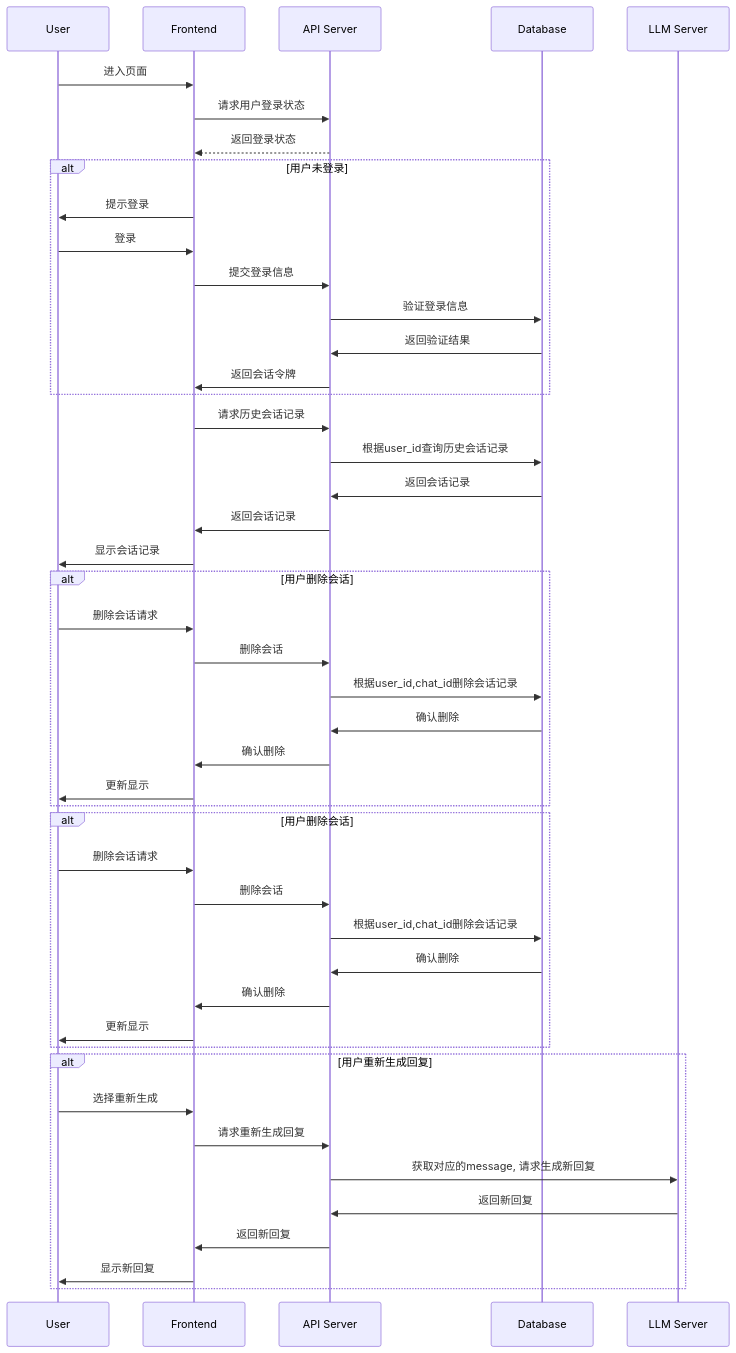
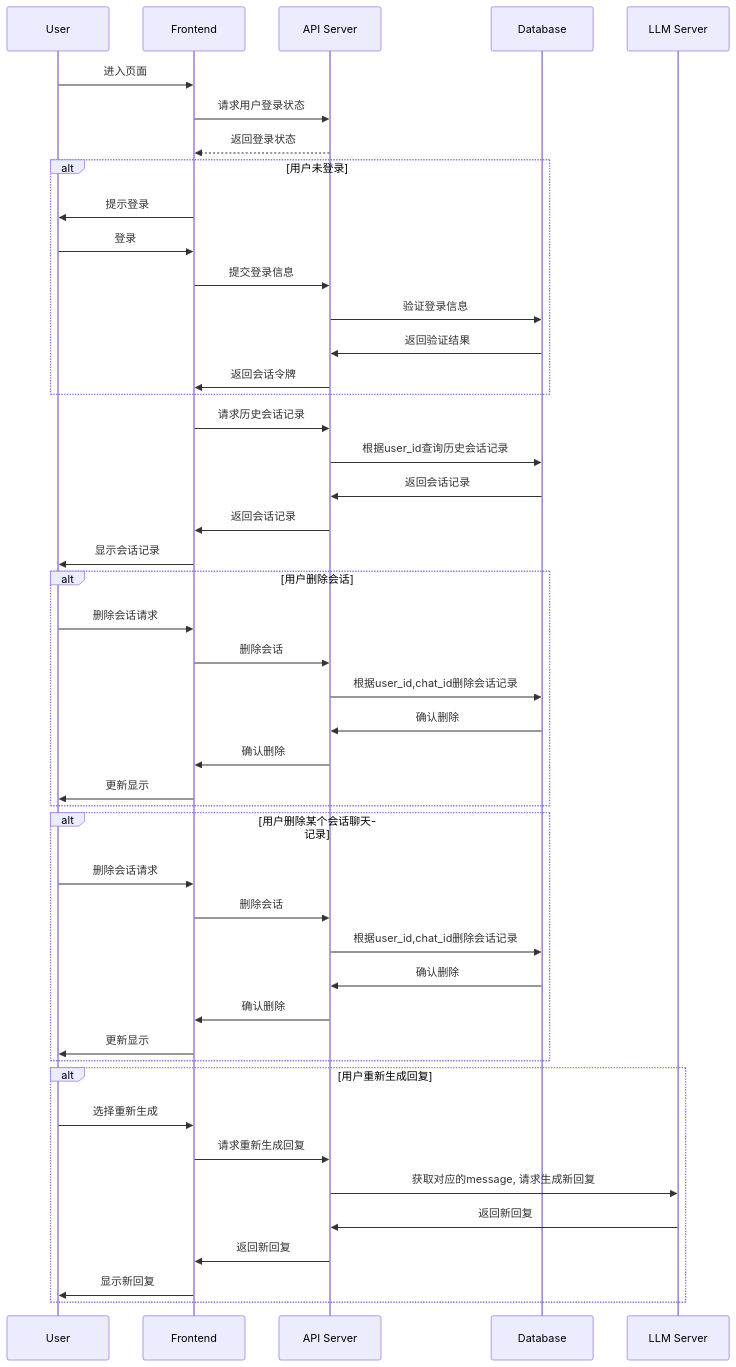
Before and after one commit to yingjianzh/iodraw-files: the diagram in all/未命名-7.md, drawn with Mermaid.

Commit message:
2024-10-09 09:46:51 update

````diff
--- a/all/未命名-7.md
+++ b/all/未命名-7.md
@@ -1,54 +1,54 @@
 ```mermaid
 sequenceDiagram
     participant User
     participant Frontend
     participant API Server
     participant Database
 
 
     User->>Frontend: 进入页面
     Frontend->>API Server: 请求用户登录状态
     API Server-->>Frontend: 返回登录状态
     alt 用户未登录
         Frontend->>User: 提示登录
         User->>Frontend: 登录
         Frontend->>API Server: 提交登录信息
         API Server->>Database: 验证登录信息
         Database->>API Server: 返回验证结果
         API Server->>Frontend: 返回会话令牌
     end
 
     Frontend->>API Server: 请求历史会话记录
     API Server->>Database: 根据user_id查询历史会话记录
     Database->>API Server: 返回会话记录
     API Server->>Frontend: 返回会话记录
     Frontend->>User: 显示会话记录
 
     alt 用户删除会话
         User->>Frontend: 删除会话请求
         Frontend->>API Server: 删除会话
         API Server->>Database: 根据user_id,chat_id删除会话记录
         Database->>API Server: 确认删除
         API Server->>Frontend: 确认删除
         Frontend->>User: 更新显示
     end
 
-    alt 用户删除会话
+    alt 用户删除某个会话聊天记录
         User->>Frontend: 删除会话请求
         Frontend->>API Server: 删除会话
         API Server->>Database: 根据user_id,chat_id删除会话记录
         Database->>API Server: 确认删除
         API Server->>Frontend: 确认删除
         Frontend->>User: 更新显示
     end
 
     alt 用户重新生成回复
         User->>Frontend: 选择重新生成
         Frontend->>API Server: 请求重新生成回复
         API Server->>LLM Server: 获取对应的message, 请求生成新回复
         LLM Server->>API Server: 返回新回复
         API Server->>Frontend: 返回新回复
         Frontend->>User: 显示新回复
     end
 
 ```
````
